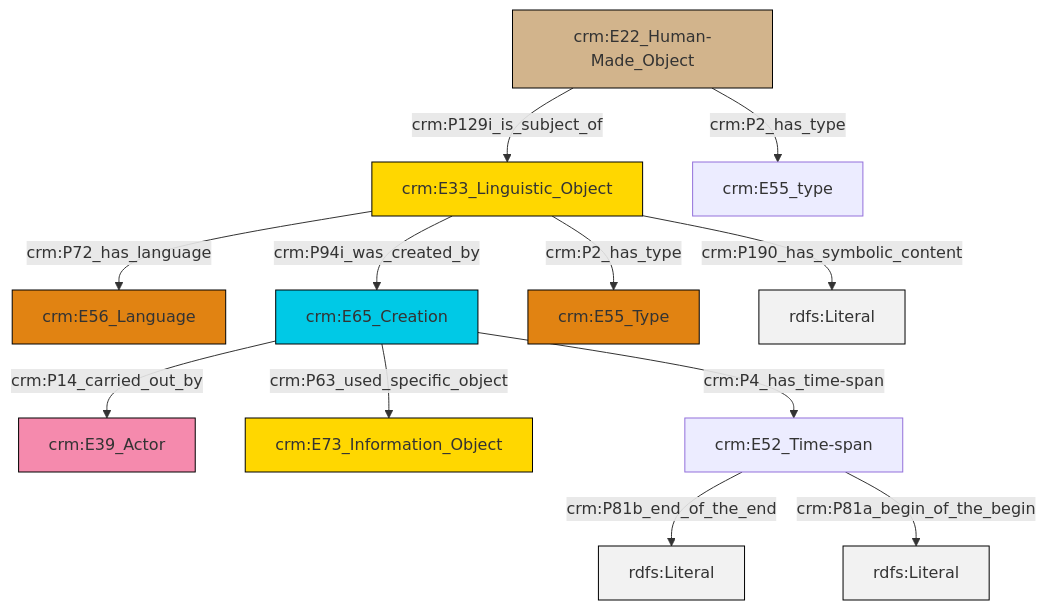
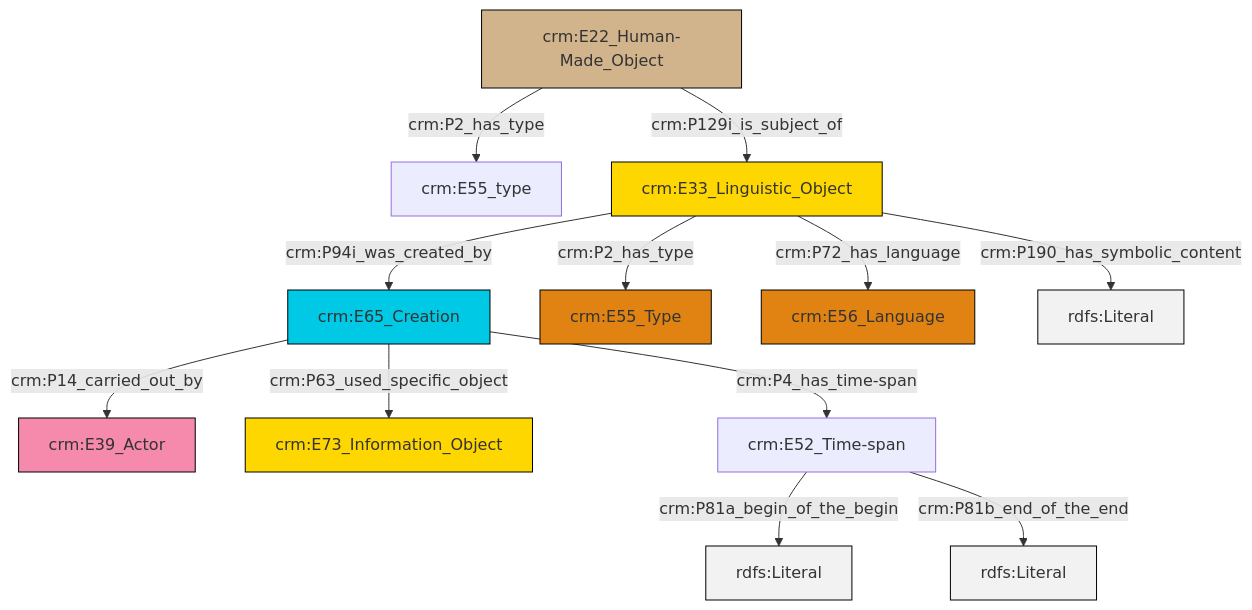
Before and after one commit to swiss-art-research-net/reference-data-models: the diagram in et/artworkCSV/ttl/mmd/Artwork_Description.ttl.mmd, drawn with Mermaid. The commit also changed 128 other files, not shown here.

```diff
--- a/et/artworkCSV/ttl/mmd/Artwork_Description.ttl.mmd
+++ b/et/artworkCSV/ttl/mmd/Artwork_Description.ttl.mmd
@@ -1,26 +1,26 @@
 graph TD
 classDef Literal fill:#f2f2f2,stroke:#000000;
 classDef CRM_Entity fill:#FFFFFF,stroke:#000000;
 classDef Temporal_Entity fill:#00C9E6, stroke:#000000;
 classDef Type fill:#E18312, stroke:#000000;
 classDef Time-Span fill:#2C9C91, stroke:#000000;
 classDef Appellation fill:#FFEB7F, stroke:#000000;
 classDef Place fill:#008836, stroke:#000000;
 classDef Persistent_Item fill:#B266B2, stroke:#000000;
 classDef Conceptual_Object fill:#FFD700, stroke:#000000;
 classDef Physical_Thing fill:#D2B48C, stroke:#000000;
 classDef Actor fill:#f58aad, stroke:#000000;
 classDef PC_Classes fill:#4ce600, stroke:#000000;
 classDef Multi fill:#cccccc,stroke:#000000;
 
-4["crm:E33_Linguistic_Object"]:::Conceptual_Object -->|crm:P72_has_language| 5["crm:E56_Language"]:::Type
-4["crm:E33_Linguistic_Object"]:::Conceptual_Object -->|crm:P94i_was_created_by| 6["crm:E65_Creation"]:::Temporal_Entity
-6["crm:E65_Creation"]:::Temporal_Entity -->|crm:P63_used_specific_object| 7["crm:E73_Information_Object"]:::Conceptual_Object
-6["crm:E65_Creation"]:::Temporal_Entity -->|crm:P4_has_time-span| 8["crm:E52_Time-span"]:::Default
-2["crm:E22_Human-Made_Object"]:::Physical_Thing -->|crm:P129i_is_subject_of| 4["crm:E33_Linguistic_Object"]:::Conceptual_Object
-4["crm:E33_Linguistic_Object"]:::Conceptual_Object -->|crm:P190_has_symbolic_content| 14[rdfs:Literal]:::Literal
-4["crm:E33_Linguistic_Object"]:::Conceptual_Object -->|crm:P2_has_type| 11["crm:E55_Type"]:::Type
-2["crm:E22_Human-Made_Object"]:::Physical_Thing -->|crm:P2_has_type| 15["crm:E55_type"]:::Default
-6["crm:E65_Creation"]:::Temporal_Entity -->|crm:P14_carried_out_by| 0["crm:E39_Actor"]:::Actor
-8["crm:E52_Time-span"]:::Default -->|crm:P81b_end_of_the_end| 19[rdfs:Literal]:::Literal
-8["crm:E52_Time-span"]:::Default -->|crm:P81a_begin_of_the_begin| 20[rdfs:Literal]:::Literal
+8["crm:E22_Human-Made_Object"]:::Physical_Thing -->|crm:P2_has_type| 4["crm:E55_type"]:::Default
+0["crm:E65_Creation"]:::Temporal_Entity -->|crm:P14_carried_out_by| 6["crm:E39_Actor"]:::Actor
+13["crm:E52_Time-span"]:::Default -->|crm:P81a_begin_of_the_begin| 14[rdfs:Literal]:::Literal
+15["crm:E33_Linguistic_Object"]:::Conceptual_Object -->|crm:P190_has_symbolic_content| 16[rdfs:Literal]:::Literal
+0["crm:E65_Creation"]:::Temporal_Entity -->|crm:P63_used_specific_object| 11["crm:E73_Information_Object"]:::Conceptual_Object
+8["crm:E22_Human-Made_Object"]:::Physical_Thing -->|crm:P129i_is_subject_of| 15["crm:E33_Linguistic_Object"]:::Conceptual_Object
+15["crm:E33_Linguistic_Object"]:::Conceptual_Object -->|crm:P72_has_language| 9["crm:E56_Language"]:::Type
+13["crm:E52_Time-span"]:::Default -->|crm:P81b_end_of_the_end| 18[rdfs:Literal]:::Literal
+15["crm:E33_Linguistic_Object"]:::Conceptual_Object -->|crm:P2_has_type| 2["crm:E55_Type"]:::Type
+15["crm:E33_Linguistic_Object"]:::Conceptual_Object -->|crm:P94i_was_created_by| 0["crm:E65_Creation"]:::Temporal_Entity
+0["crm:E65_Creation"]:::Temporal_Entity -->|crm:P4_has_time-span| 13["crm:E52_Time-span"]:::Default
```
